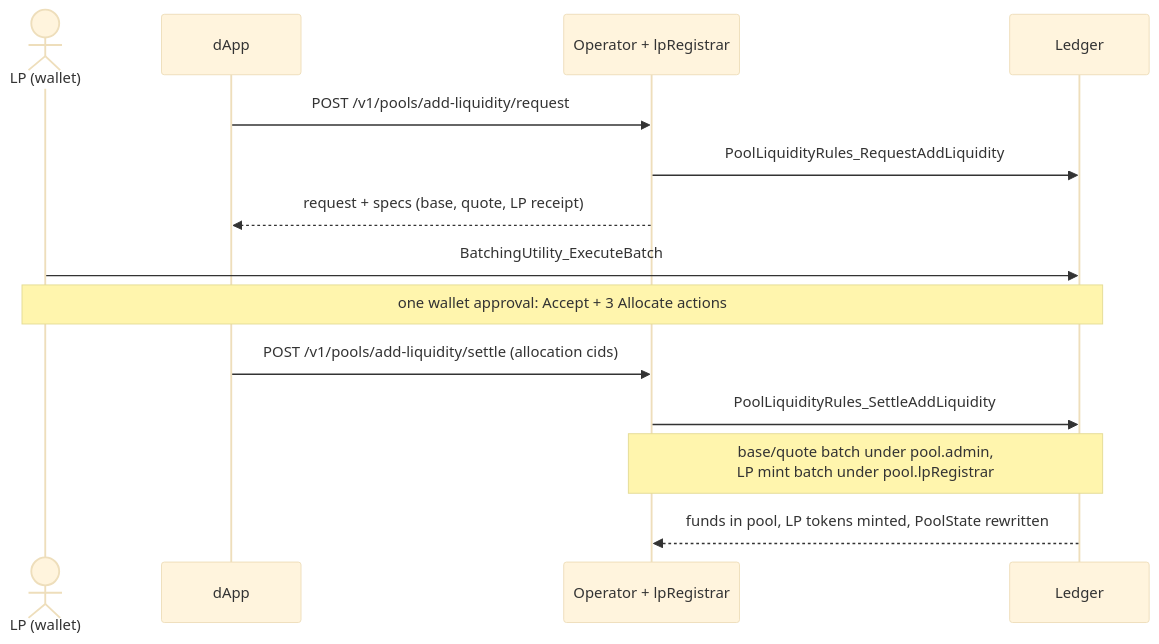
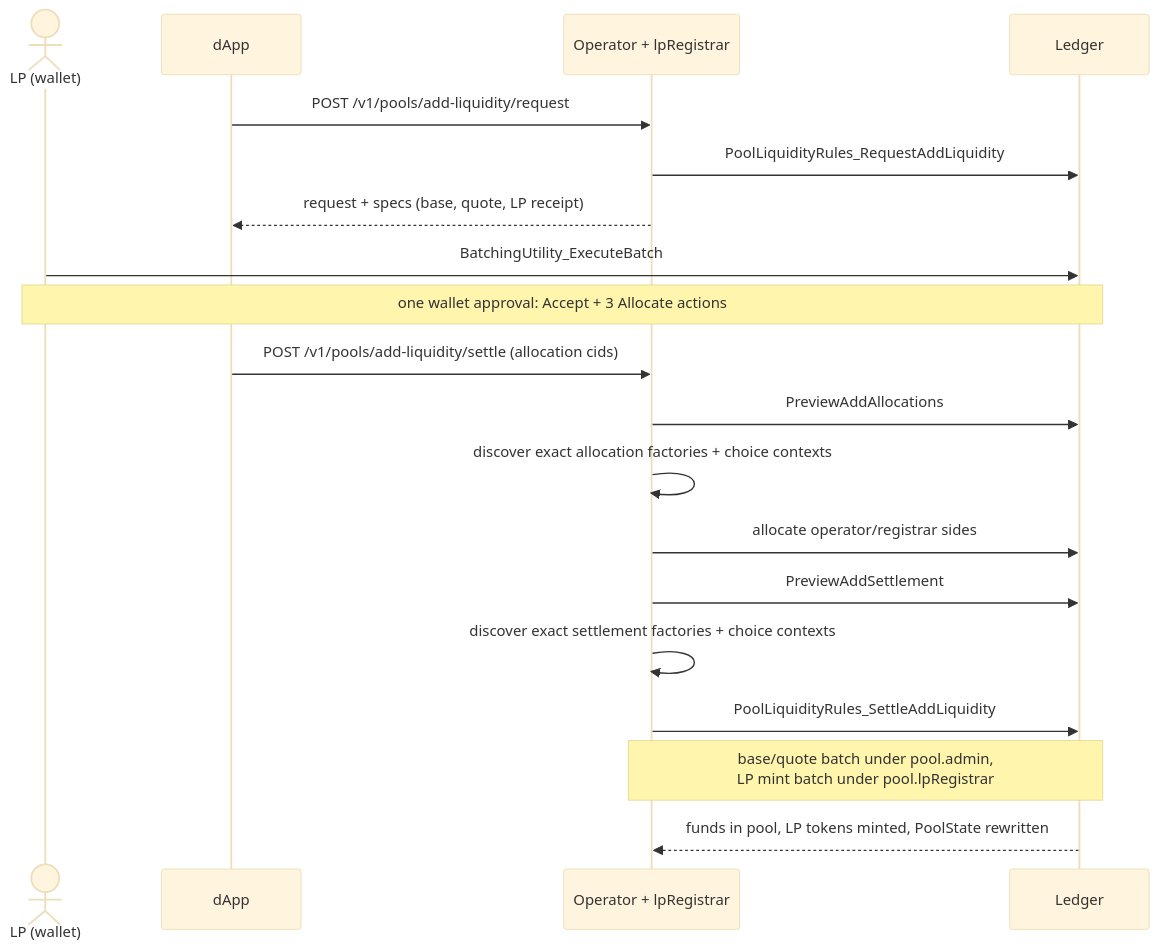
One commit to srikanth-bitdynamics/Canton-Dex-Reference-Implementation changed the second of 5 diagrams in docs/concepts/workflows.md. Above: the diagram before and after it, drawn with Mermaid (base theme). The commit also changed other lines of this file and 173 other files, not shown here.

````diff
--- a/docs/concepts/workflows.md
+++ b/docs/concepts/workflows.md
@@ -160,16 +165,21 @@
 ```mermaid
 sequenceDiagram
     actor LP as LP (wallet)
     participant D as dApp
     participant O as Operator + lpRegistrar
     participant L as Ledger
     D->>O: POST /v1/pools/add-liquidity/request
     O->>L: PoolLiquidityRules_RequestAddLiquidity
     O-->>D: request + specs (base, quote, LP receipt)
     LP->>L: BatchingUtility_ExecuteBatch
     Note over LP,L: one wallet approval: Accept + 3 Allocate actions
     D->>O: POST /v1/pools/add-liquidity/settle (allocation cids)
+    O->>L: PreviewAddAllocations
+    O->>O: discover exact allocation factories + choice contexts
+    O->>L: allocate operator/registrar sides
+    O->>L: PreviewAddSettlement
+    O->>O: discover exact settlement factories + choice contexts
     O->>L: PoolLiquidityRules_SettleAddLiquidity
     Note over O,L: base/quote batch under pool.admin,<br/>LP mint batch under pool.lpRegistrar
     L-->>O: funds in pool, LP tokens minted, PoolState rewritten
 ```
````
